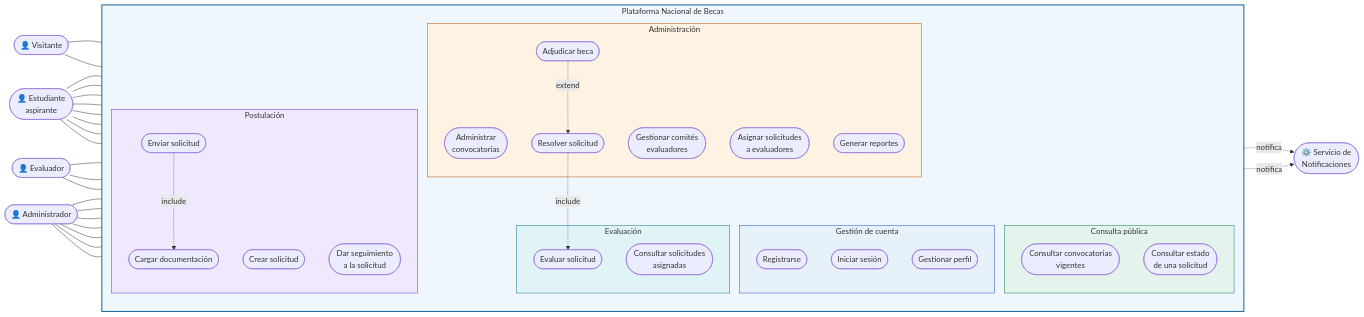
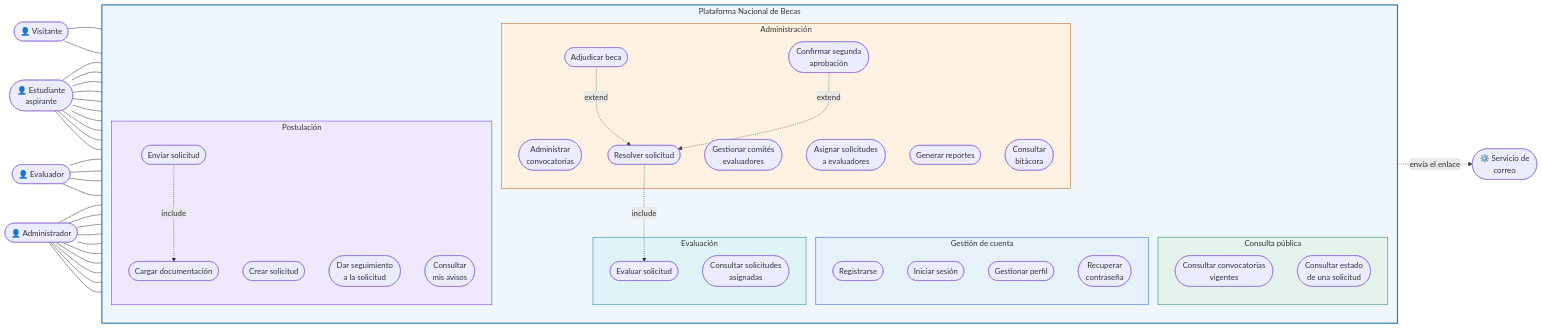
One commit to Isacasvas123/proyecto-becas changed the diagram in docs/diagramas/01-casos-de-uso.md. Above: the diagram before and after it, drawn with Mermaid. The commit also changed other lines of this file and 3 other files, not shown here.

Commit message:
docs: actualizar los diagramas de casos de uso y de componentes con CU-18 a CU-21

```diff
--- a/docs/diagramas/01-casos-de-uso.md
+++ b/docs/diagramas/01-casos-de-uso.md
@@ -37,7 +41,7 @@
     EST(["👤 Estudiante<br/>aspirante"])
     EVA(["👤 Evaluador"])
     ADM(["👤 Administrador"])
-    NOT(["⚙️ Servicio de<br/>Notificaciones"])
+    NOT(["⚙️ Servicio de<br/>correo"])
 
     subgraph SISTEMA["Plataforma Nacional de Becas"]
         direction TB
@@ -51,6 +55,7 @@
             CU03(["Registrarse"])
             CU04(["Iniciar sesión"])
             CU05(["Gestionar perfil"])
+            CU18(["Recuperar<br/>contraseña"])
         end
 
         subgraph POS["Postulación"]
@@ -58,6 +63,7 @@
             CU07(["Cargar documentación"])
             CU08(["Enviar solicitud"])
             CU09(["Dar seguimiento<br/>a la solicitud"])
+            CU19(["Consultar<br/>mis avisos"])
         end
 
         subgraph EVAL["Evaluación"]
@@ -72,6 +78,8 @@
             CU15(["Resolver solicitud"])
             CU16(["Adjudicar beca"])
             CU17(["Generar reportes"])
+            CU20(["Confirmar segunda<br/>aprobación"])
+            CU21(["Consultar<br/>bitácora"])
         end
     end
 
@@ -86,10 +94,13 @@
     EST --- CU08
     EST --- CU09
     EST --- CU01
+    EST --- CU18
+    EST --- CU19
 
     EVA --- CU04
     EVA --- CU10
     EVA --- CU11
+    EVA --- CU18
 
     ADM --- CU04
     ADM --- CU12
@@ -98,12 +109,15 @@
     ADM --- CU15
     ADM --- CU16
     ADM --- CU17
+    ADM --- CU18
+    ADM --- CU20
+    ADM --- CU21
 
     CU08 -. include .-> CU07
     CU15 -. include .-> CU10
     CU16 -. extend .-> CU15
-    CU08 -. notifica .-> NOT
-    CU15 -. notifica .-> NOT
+    CU20 -. extend .-> CU15
+    CU18 -. envía el enlace .-> NOT
 
     style SISTEMA fill:#f0f7fc,stroke:#12609c,stroke-width:2px
     style PUB fill:#e4f4ec,stroke:#0f7a52
```
